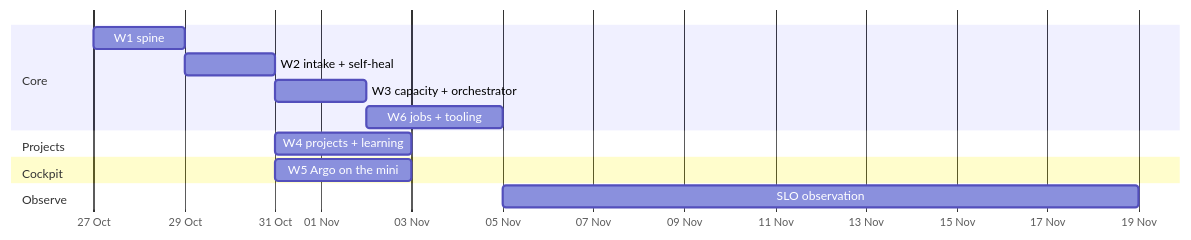
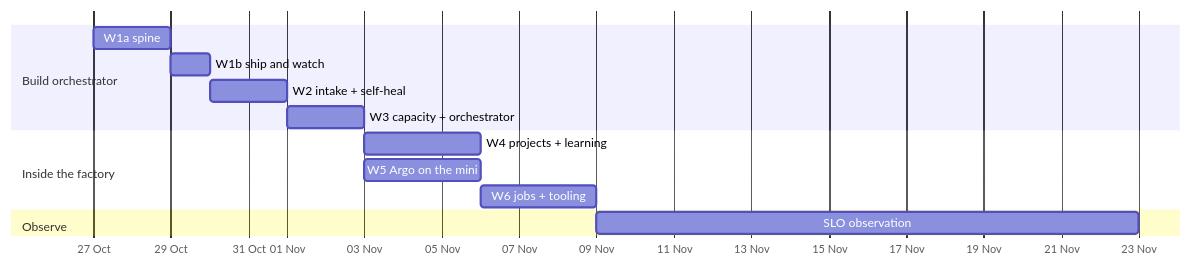
The diagram in docs/factory/tdd/12-plan.md (jkrumm/dotfiles), drawn with Mermaid before and after one commit. The commit also changed other lines of this file and 24 other files, not shown here.

First line of the commit message:
docs(factory): TDD v2.4 — build orchestration, worktrees, W1a/W1b, fresh-review fixes

````diff
--- a/docs/factory/tdd/12-plan.md
+++ b/docs/factory/tdd/12-plan.md
@@ -35,16 +50,16 @@
 ```mermaid
 gantt
   dateFormat YYYY-MM-DD
   axisFormat %d %b
-  section Core
-  W1 spine                    :w1, 2026-10-27, 2d
-  W2 intake + self-heal       :w2, after w1, 2d
-  W3 capacity + orchestrator       :w3, after w2, 2d
-  W6 jobs + tooling           :w6, after w3, 3d
-  section Projects
-  W4 projects + learning         :w4, after w2, 3d
-  section Cockpit
-  W5 Argo on the mini         :w5, after w2, 3d
+  section Build orchestrator
+  W1a spine                   :w1a, 2026-10-27, 2d
+  W1b ship and watch          :w1b, after w1a, 1d
+  W2 intake + self-heal       :w2, after w1b, 2d
+  W3 capacity + orchestrator  :w3, after w2, 2d
+  section Inside the factory
+  W4 projects + learning      :w4, after w3, 3d
+  W5 Argo on the mini         :w5, after w3, 3d
+  W6 jobs + tooling           :w6, after w5, 3d
   section Observe
   SLO observation             :obs, after w6, 14d
 ```
````
